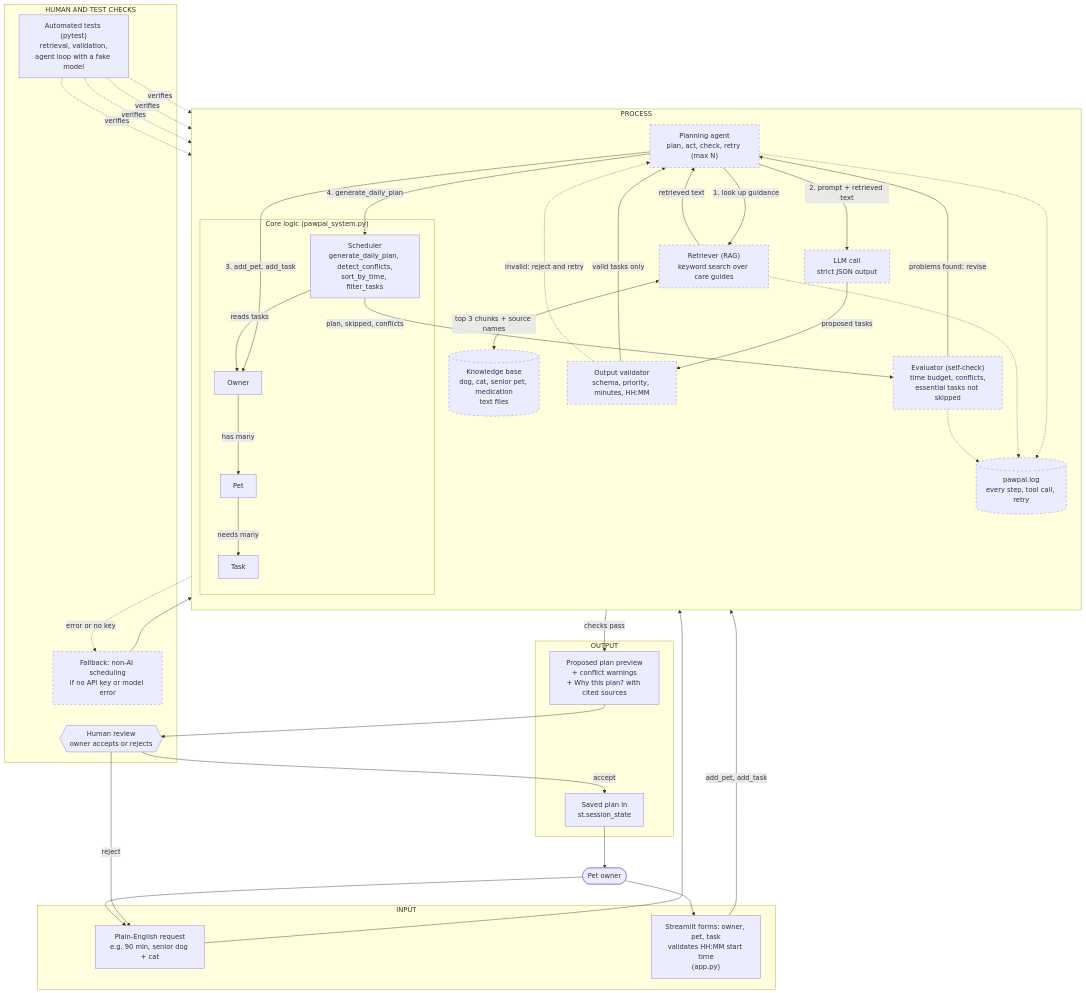
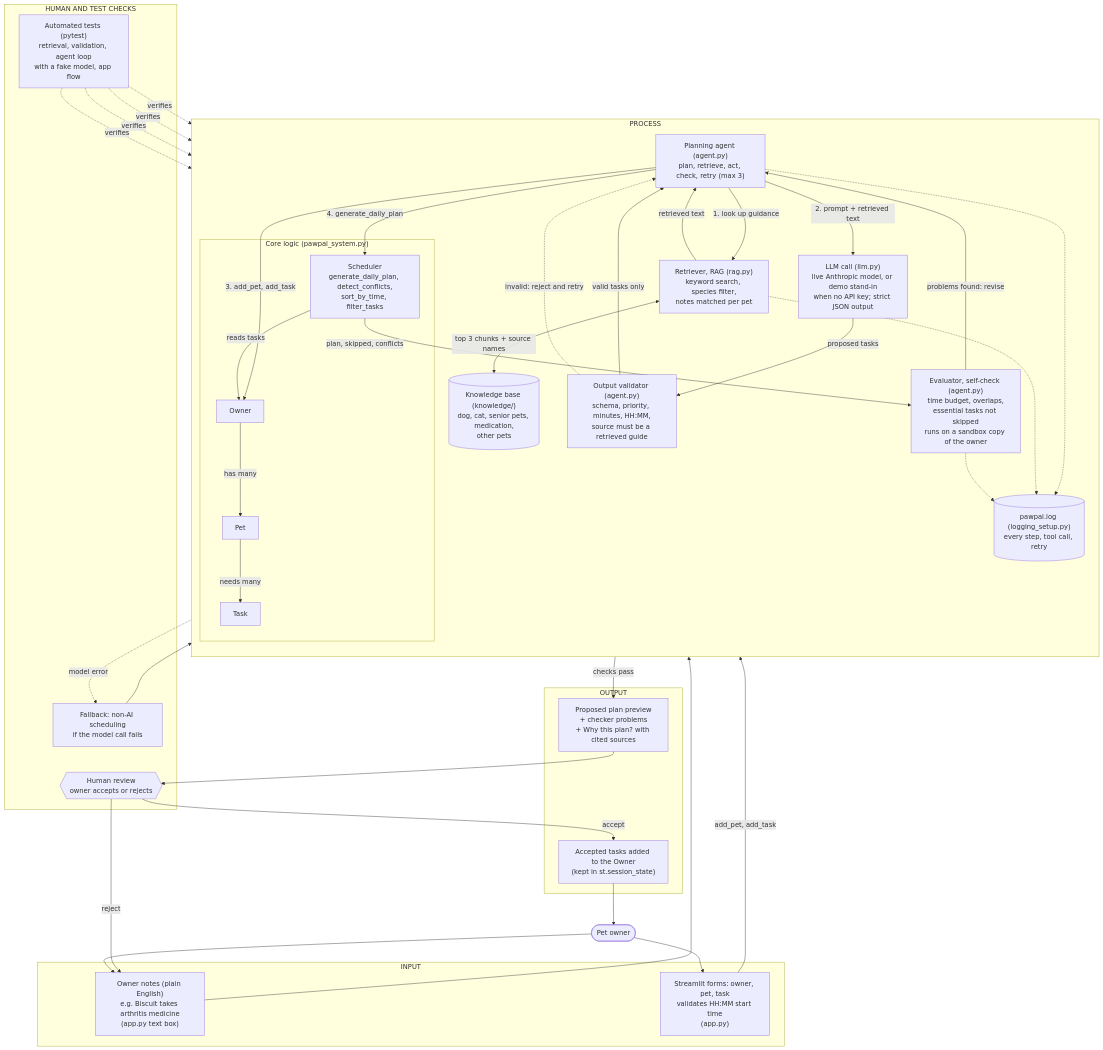
One commit to johnspaugh/ai110-module4show-pawpal-Improved changed the diagram in diagrams/architecture.mmd. Above: the diagram before and after it, drawn with Mermaid. The commit also changed 21 other files, not shown here.

Commit message:
This for 3 and 4 I was just going to do 3 but claude continued to do some tests, so I thought okay, I might as well do the other test on the code that 4 phase needs.

```diff
--- a/diagrams/architecture.mmd
+++ b/diagrams/architecture.mmd
@@ -1,80 +1,77 @@
 flowchart TD
-    %% Legend: solid boxes exist today, dashed boxes are planned (see Notes_2.txt)
+    %% All components below are implemented. File names are in each box.
 
     User([Pet owner])
 
     subgraph INPUT["INPUT"]
-        Request["Plain-English request<br/>e.g. 90 min, senior dog + cat"]
+        Request["Owner notes (plain English)<br/>e.g. Biscuit takes arthritis medicine<br/>(app.py text box)"]
         Forms["Streamlit forms: owner, pet, task<br/>validates HH:MM start time<br/>(app.py)"]
     end
 
     subgraph PROCESS["PROCESS"]
         direction TB
-        Agent["Planning agent<br/>plan, act, check, retry (max N)"]
-        Retriever["Retriever (RAG)<br/>keyword search over care guides"]
-        KB[("Knowledge base<br/>dog, cat, senior pet, medication<br/>text files")]
-        LLM["LLM call<br/>strict JSON output"]
-        Validator["Output validator<br/>schema, priority, minutes, HH:MM"]
+        Agent["Planning agent (agent.py)<br/>plan, retrieve, act, check, retry (max 3)"]
+        Retriever["Retriever, RAG (rag.py)<br/>keyword search, species filter,<br/>notes matched per pet"]
+        KB[("Knowledge base (knowledge/)<br/>dog, cat, senior pets, medication,<br/>other pets")]
+        LLM["LLM call (llm.py)<br/>live Anthropic model, or demo stand-in<br/>when no API key; strict JSON output"]
+        Validator["Output validator (agent.py)<br/>schema, priority, minutes, HH:MM,<br/>source must be a retrieved guide"]
 
         subgraph CORE["Core logic (pawpal_system.py)"]
             Owner["Owner"]
             Pet["Pet"]
             Task["Task"]
             Scheduler["Scheduler<br/>generate_daily_plan, detect_conflicts,<br/>sort_by_time, filter_tasks"]
         end
 
-        Evaluator["Evaluator (self-check)<br/>time budget, conflicts,<br/>essential tasks not skipped"]
-        Log[("pawpal.log<br/>every step, tool call, retry")]
+        Evaluator["Evaluator, self-check (agent.py)<br/>time budget, overlaps,<br/>essential tasks not skipped<br/>runs on a sandbox copy of the owner"]
+        Log[("pawpal.log (logging_setup.py)<br/>every step, tool call, retry")]
     end
 
     subgraph OUTPUT["OUTPUT"]
-        Preview["Proposed plan preview<br/>+ conflict warnings<br/>+ Why this plan? with cited sources"]
-        Saved["Saved plan in<br/>st.session_state"]
+        Preview["Proposed plan preview<br/>+ checker problems<br/>+ Why this plan? with cited sources"]
+        Saved["Accepted tasks added to the Owner<br/>(kept in st.session_state)"]
     end
 
     subgraph CHECKS["HUMAN AND TEST CHECKS"]
         Human{{"Human review<br/>owner accepts or rejects"}}
-        Tests["Automated tests (pytest)<br/>retrieval, validation,<br/>agent loop with a fake model"]
-        Fallback["Fallback: non-AI scheduling<br/>if no API key or model error"]
+        Tests["Automated tests (pytest)<br/>retrieval, validation, agent loop<br/>with a fake model, app flow"]
+        Fallback["Fallback: non-AI scheduling<br/>if the model call fails"]
     end
 
     User --> Request
     User --> Forms
     Forms -->|add_pet, add_task| Owner
     Request --> Agent
 
     Agent -->|1. look up guidance| Retriever
     Retriever <-->|top 3 chunks + source names| KB
     Retriever -->|retrieved text| Agent
     Agent -->|2. prompt + retrieved text| LLM
     LLM -->|proposed tasks| Validator
     Validator -->|valid tasks only| Agent
     Validator -.->|invalid: reject and retry| Agent
     Agent -->|3. add_pet, add_task| Owner
     Owner -->|has many| Pet
     Pet -->|needs many| Task
     Agent -->|4. generate_daily_plan| Scheduler
     Scheduler -->|reads tasks| Owner
     Scheduler -->|plan, skipped, conflicts| Evaluator
     Evaluator -->|problems found: revise| Agent
     Evaluator -->|checks pass| Preview
 
     Agent -.-> Log
     Retriever -.-> Log
     Evaluator -.-> Log
 
     Preview --> Human
     Human -->|accept| Saved
     Human -->|reject| Request
     Saved --> User
 
-    LLM -.->|error or no key| Fallback
+    LLM -.->|model error| Fallback
     Fallback --> Scheduler
 
     Tests -.->|verifies| Retriever
     Tests -.->|verifies| Validator
     Tests -.->|verifies| Agent
     Tests -.->|verifies| Scheduler
-
-    classDef planned stroke-dasharray: 5 5
-    class Agent,Retriever,KB,LLM,Validator,Evaluator,Log,Fallback planned
```
